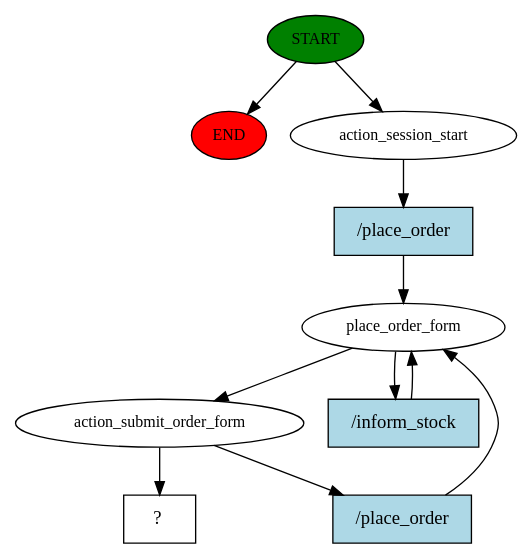
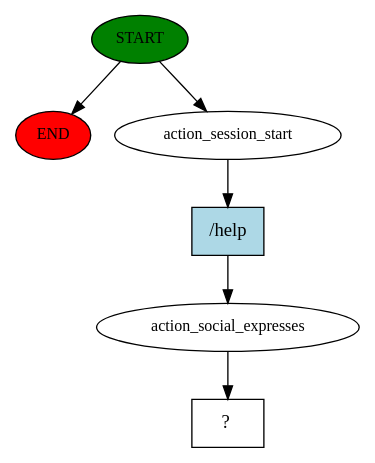
Before and after one commit to medAzizBennour/chatbot: the diagram in src/components/ChatBot/ChatBotBackend/RasaIntent/story_graph.dot, drawn with Graphviz. The commit also changed 124 other files, not shown here.

```diff
--- a/src/components/ChatBot/ChatBotBackend/RasaIntent/story_graph.dot
+++ b/src/components/ChatBot/ChatBotBackend/RasaIntent/story_graph.dot
@@ -1,21 +1,13 @@
 digraph  {
 0 [class="start active", fillcolor=green, fontsize=12, label=START, style=filled];
 "-1" [class=end, fillcolor=red, fontsize=12, label=END, style=filled];
 1 [class=active, fontsize=12, label=action_session_start];
-2 [class=active, fontsize=12, label=place_order_form];
-6 [class=active, fontsize=12, label=action_submit_order_form];
-10 [class="intent dashed active", label="  ?  ", shape=rect];
-11 [class="intent active", fillcolor=lightblue, label="/place_order", shape=rect, style=filled];
-12 [class="intent active", fillcolor=lightblue, label="/inform_stock", shape=rect, style=filled];
-13 [class="intent active", fillcolor=lightblue, label="/place_order", shape=rect, style=filled];
+2 [class=active, fontsize=12, label=action_social_expresses];
+3 [class="intent dashed active", label="  ?  ", shape=rect];
+4 [class="intent active", fillcolor=lightblue, label="/help", shape=rect, style=filled];
 0 -> "-1"  [class="", key=NONE, label=""];
 0 -> 1  [class=active, key=NONE, label=""];
-1 -> 11  [class=active, key=0];
-2 -> 6  [class=active, key=NONE, label=""];
-2 -> 12  [class=active, key=0];
-6 -> 10  [class=active, key=NONE, label=""];
-6 -> 13  [class=active, key=0];
-11 -> 2  [class=active, key=0];
-12 -> 2  [class=active, key=0];
-13 -> 2  [class=active, key=0];
+1 -> 4  [class=active, key=0];
+2 -> 3  [class=active, key=NONE, label=""];
+4 -> 2  [class=active, key=0];
 }
```
